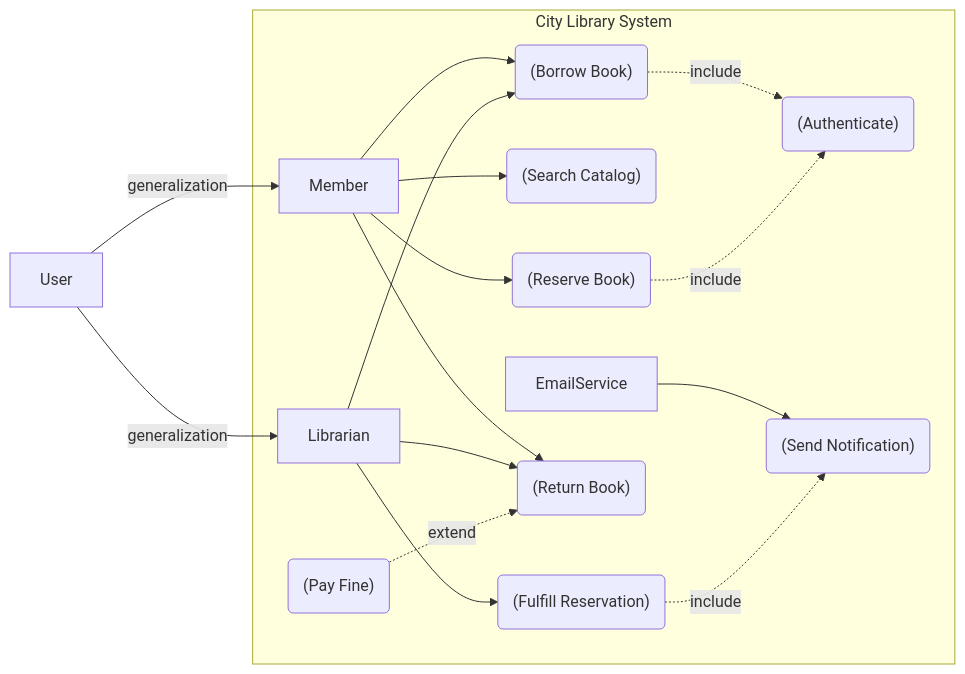
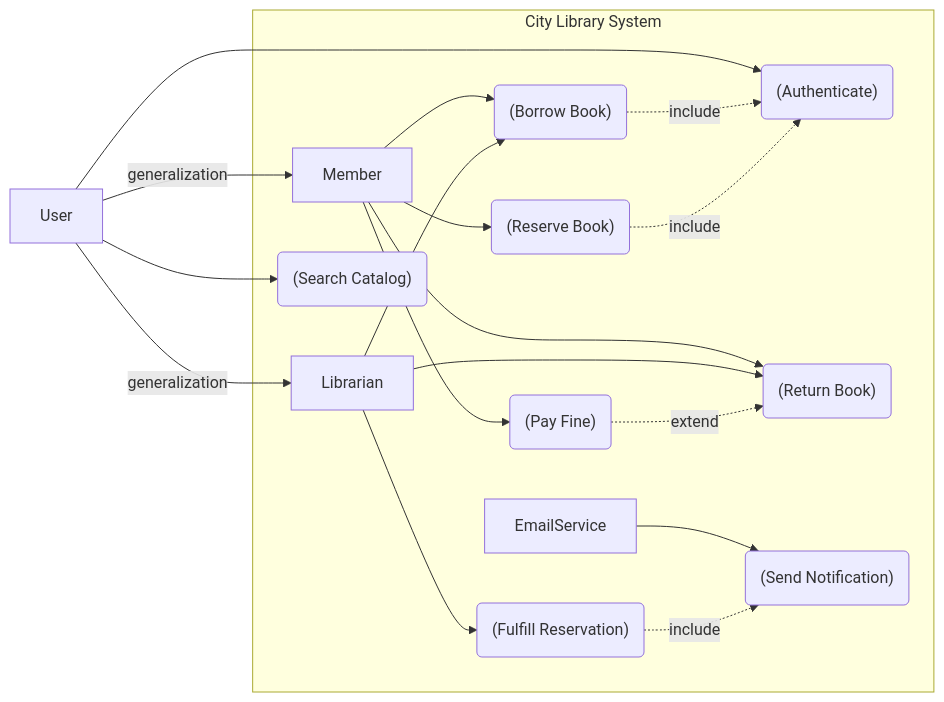
Before and after one commit to Mirroxyz/KPI: the diagram in lab2/use-case.mmd, drawn with Mermaid. The commit also changed 5 other files, not shown here.

```diff
--- a/lab2/use-case.mmd
+++ b/lab2/use-case.mmd
@@ -1,36 +1,38 @@
 flowchart LR
     User["User"]
     Member["Member"]
     Librarian["Librarian"]
     EmailService["EmailService"]
 
     User -->|generalization| Member
     User -->|generalization| Librarian
+    User --> Search
+    User --> Auth
 
     subgraph System["City Library System"]
         Auth("(Authenticate)")
         Search("(Search Catalog)")
         Reserve("(Reserve Book)")
         Borrow("(Borrow Book)")
         Return("(Return Book)")
         Pay("(Pay Fine)")
         Notify("(Send Notification)")
         Fulfill("(Fulfill Reservation)")
 
-        Member --> Search
         Member --> Reserve
         Member --> Borrow
         Member --> Return
+        Member --> Pay
 
         Librarian --> Borrow
         Librarian --> Return
         Librarian --> Fulfill
 
         EmailService --> Notify
 
         Borrow -. "include" .-> Auth
         Reserve -. "include" .-> Auth
         Fulfill -. "include" .-> Notify
         
         Pay -. "extend" .-> Return
     end
```
